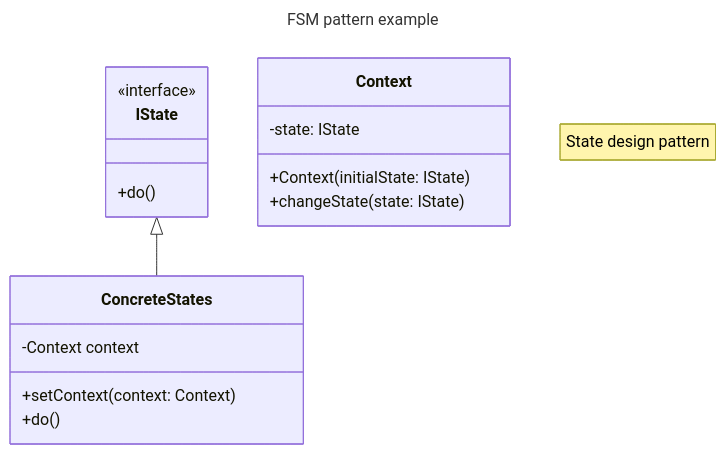
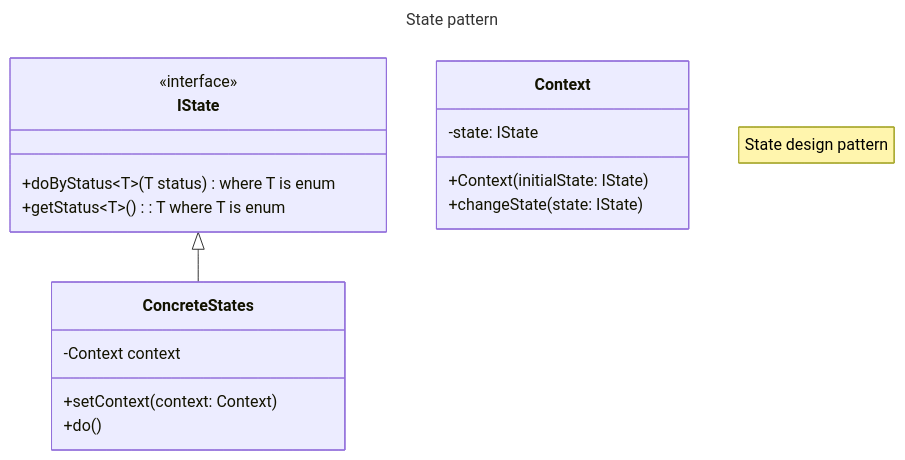
The diagram in analysis/uml/base.md (gio-js/xfsm), drawn with Mermaid before and after one commit. The commit also changed other lines of this file, not shown here.

````diff
--- a/analysis/uml/base.md
+++ b/analysis/uml/base.md
@@ -31,22 +1,23 @@
 ```mermaid
 ---
-title: FSM pattern example
+title: State pattern
 ---
 classDiagram
     note "State design pattern"
     class IState{
         <<interface>>
-        +do()
+        +doByStatus~T~(T status) where T is enum
+        +getStatus~T~(): T where T is enum
     }
     class Context{
         -state: IState
         +Context(initialState: IState)
         +changeState(state: IState)
     }
     IState <|-- ConcreteStates
     class ConcreteStates{
         -Context context
         +setContext(context: Context)
         +do()
     }
 ```
````
